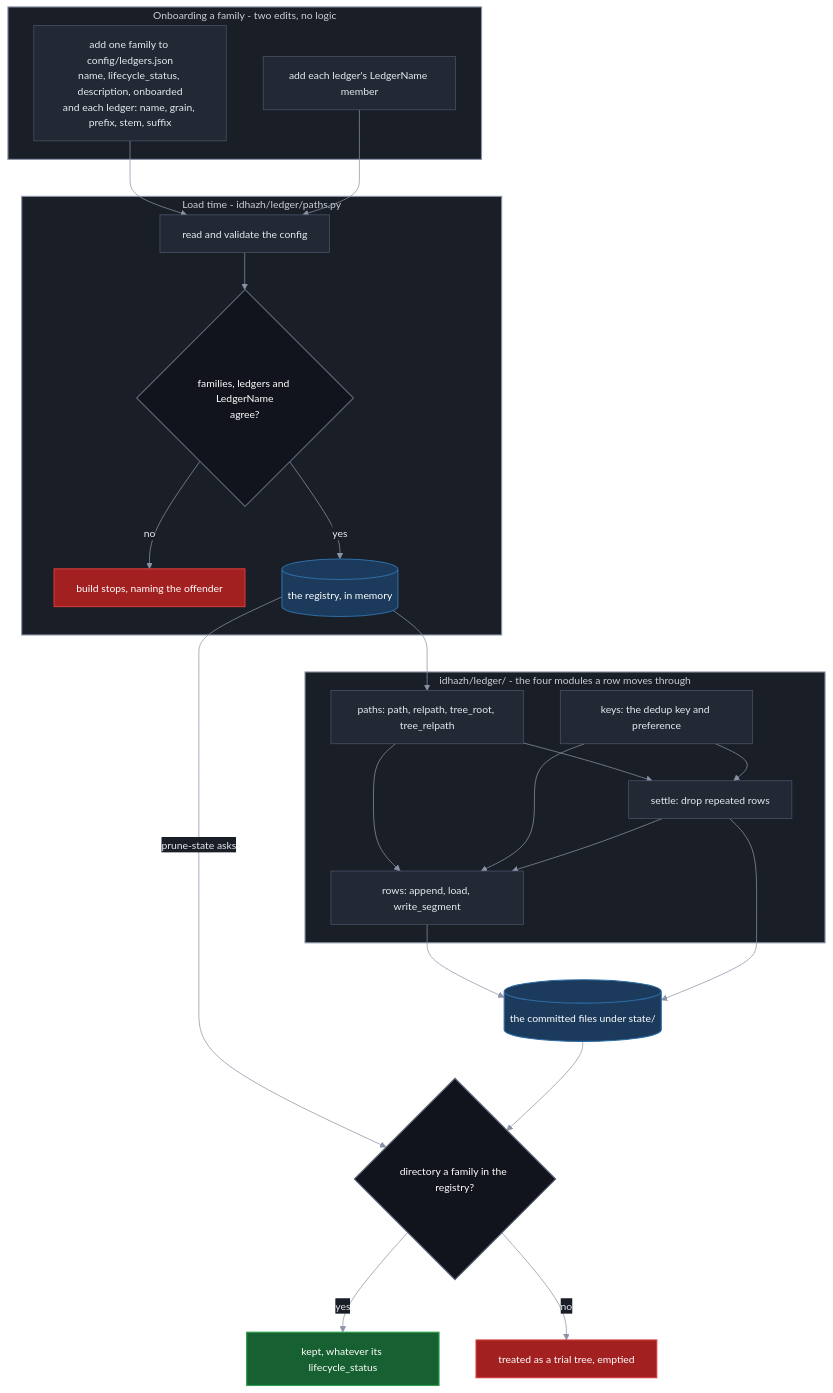
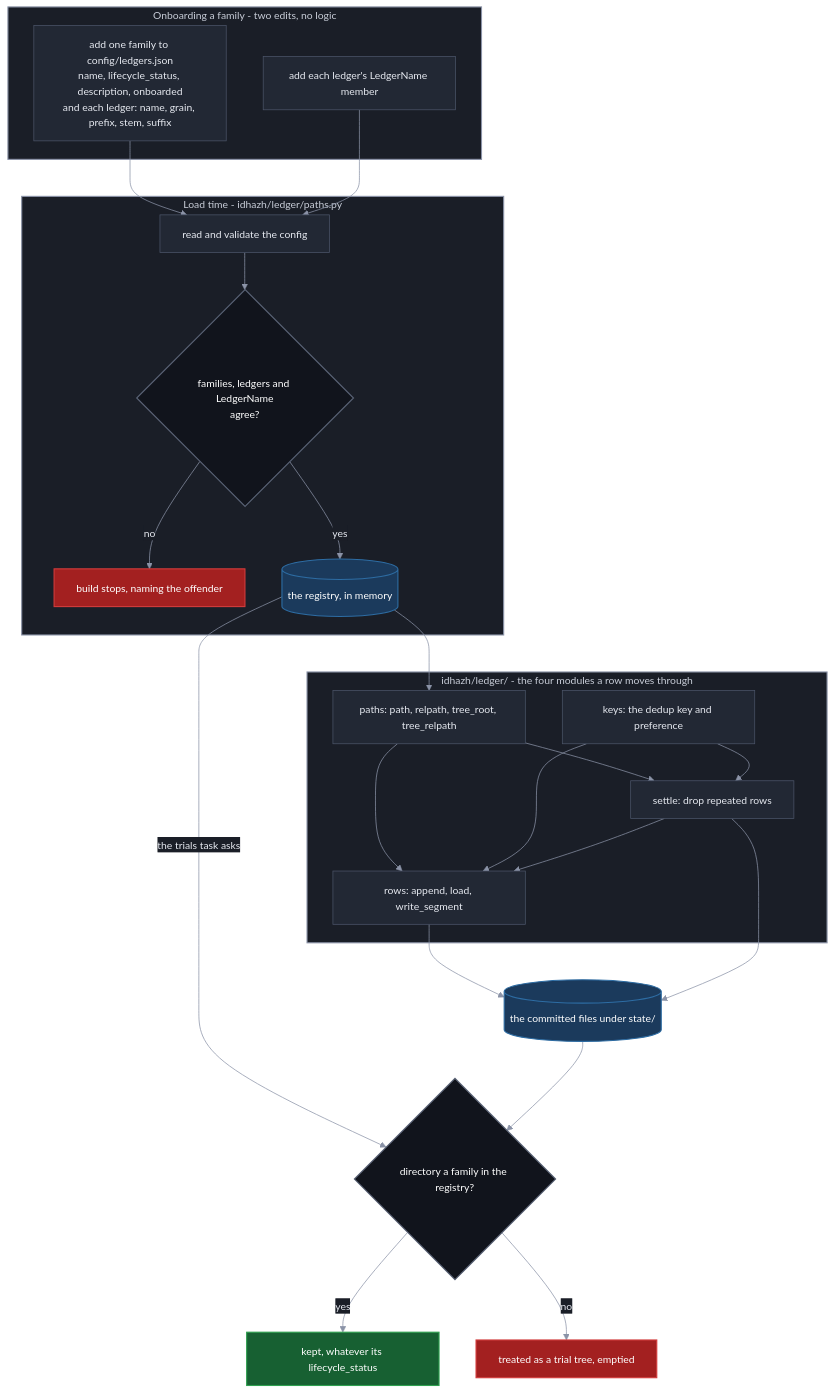
One commit to miztiik/yen-idhazh changed the diagram in docs/architecture/contracts/ledger-registry.md. Above: the diagram before and after it, drawn with Mermaid. The commit also changed other lines of this file and 56 other files, not shown here.

````diff
--- a/docs/architecture/contracts/ledger-registry.md
+++ b/docs/architecture/contracts/ledger-registry.md
@@ -91,59 +91,59 @@
 ```mermaid
 %%{init: {"theme": "base", "themeVariables": {"background": "#0f1117", "primaryColor": "#222834", "primaryTextColor": "#e6e9f0", "primaryBorderColor": "#4b5468", "lineColor": "#8b93a7", "textColor": "#e6e9f0", "clusterBkg": "#1a1e27", "clusterBorder": "#3a4254", "titleColor": "#e6e9f0", "edgeLabelBackground": "#1a1e27", "fontSize": "14px"}}}%%
 flowchart TB
   subgraph ONBOARD["Onboarding a family - two edits, no logic"]
     ENTRY["add one family to config/ledgers.json<br/>name, lifecycle_status, description, onboarded<br/>and each ledger: name, grain, prefix, stem, suffix"]
     MEMBER["add each ledger's LedgerName member"]
   end
 
   subgraph LOAD["Load time - idhazh/ledger/paths.py"]
     READ["read and validate the config"]
     BIJ{"families, ledgers and LedgerName<br/>agree?"}
     REFUSE["build stops, naming the offender"]
     REG[("the registry, in memory")]
   end
 
   subgraph DOOR["idhazh/ledger/ - the four modules a row moves through"]
     PATHS["paths: path, relpath, tree_root, tree_relpath"]
     KEYS["keys: the dedup key and preference"]
     ROWS["rows: append, load, write_segment"]
     SETTLE["settle: drop repeated rows"]
   end
 
   TREE[("the committed files under state/")]
   PRUNE{"directory a family in the registry?"}
   KEEP["kept, whatever its lifecycle_status"]
   EMPTY["treated as a trial tree, emptied"]
 
   ENTRY --> READ
   MEMBER --> READ
   READ --> BIJ
   BIJ -->|"no"| REFUSE
   BIJ -->|"yes"| REG
   REG --> PATHS
   PATHS --> ROWS
   PATHS --> SETTLE
   KEYS --> ROWS
   KEYS --> SETTLE
   SETTLE --> ROWS
   ROWS --> TREE
   SETTLE --> TREE
-  REG -->|"prune-state asks"| PRUNE
+  REG -->|"the trials task asks"| PRUNE
   PRUNE -->|"yes"| KEEP
   PRUNE -->|"no"| EMPTY
   TREE --> PRUNE
 
   classDef stage fill:#222834,stroke:#4b5468,stroke-width:1px,color:#e6e9f0;
   classDef decision fill:#11141c,stroke:#5b6477,stroke-width:1.5px,color:#ffffff;
   classDef yes fill:#176032,stroke:#2ea04f,stroke-width:1.5px,color:#ffffff;
   classDef no fill:#a32020,stroke:#d23b3b,stroke-width:1.5px,color:#ffffff;
   classDef ledger fill:#1b3a5c,stroke:#2d6ca3,stroke-width:1.5px,color:#ffffff;
   classDef sysOps fill:#1a1e27,stroke:#8b93a7,stroke-width:1.5px,color:#c8cdd8;
 
   class ENTRY,MEMBER,READ,PATHS,KEYS,ROWS,SETTLE stage;
   class BIJ,PRUNE decision;
   class KEEP yes;
   class REFUSE,EMPTY no;
   class REG,TREE ledger;
   class ONBOARD,LOAD,DOOR sysOps;
 ```
````
